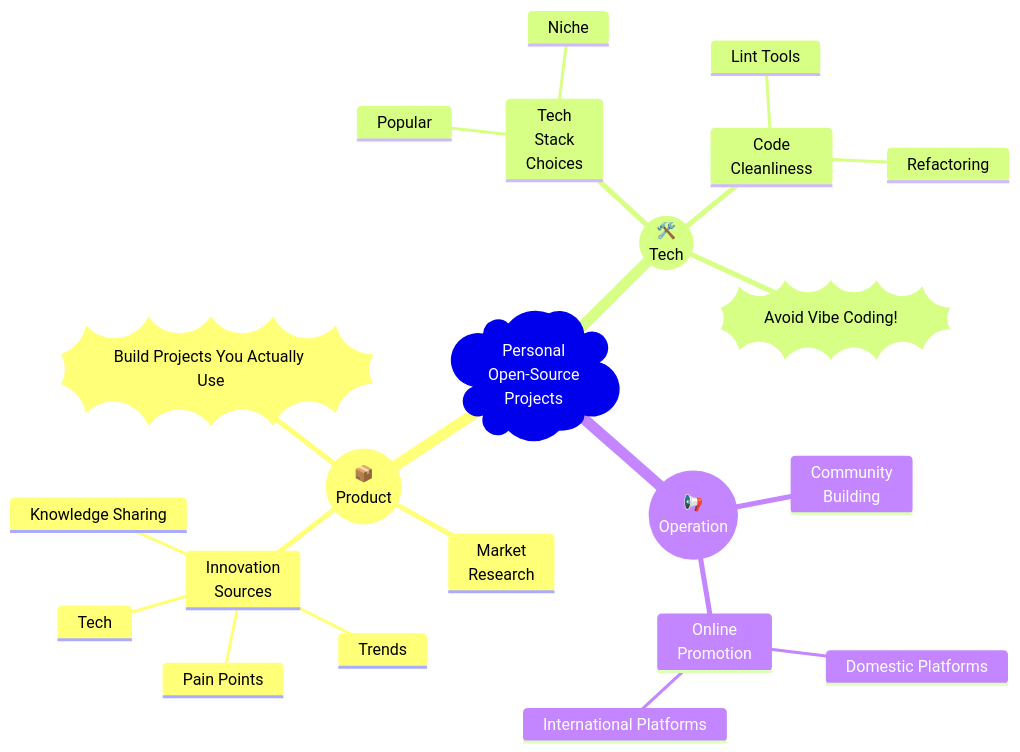
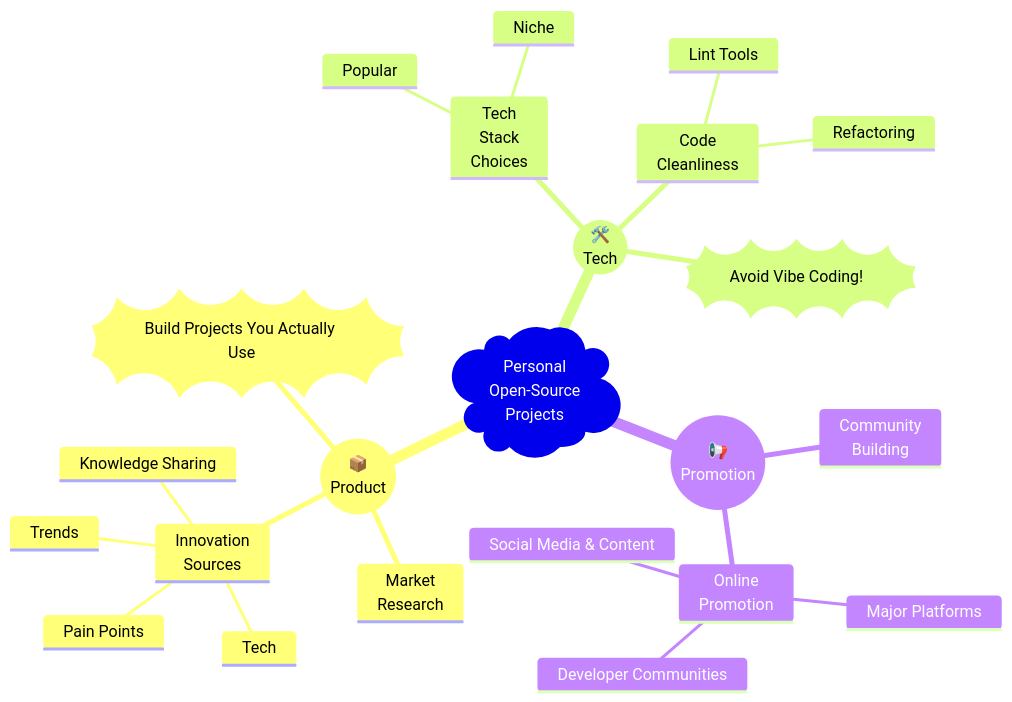
Before and after one commit to WCY-dt/blog-en: the diagram in _posts/2025-08-03-summary-of-open-source-projects.md, drawn with Mermaid. The commit also changed other lines of this file and 12 other files, not shown here.

````diff
--- a/_posts/2025-08-03-summary-of-open-source-projects.md
+++ b/_posts/2025-08-03-summary-of-open-source-projects.md
@@ -177,25 +193,26 @@
 ```mermaid
 mindmap
   root)Personal<br>Open-Source<br>Projects(
     ((📦<br>Product))
       Innovation<br>Sources
         Pain Points
         Trends
         Tech
         Knowledge Sharing
       Market<br>Research
       ))Build Projects You Actually Use((
     ((🛠️<br>Tech))
       Tech<br>Stack<br>Choices
         Popular
         Niche
       Code<br>Cleanliness
         Lint Tools
         Refactoring
       ))Avoid Vibe Coding!((
-    ((📢<br>Operation))
+    ((📢<br>Promotion))
       Community<br>Building
       Online<br>Promotion
-        Domestic Platforms
-        International Platforms
+        Major Platforms
+        Developer Communities
+        Social Media & Content
 ```
````
